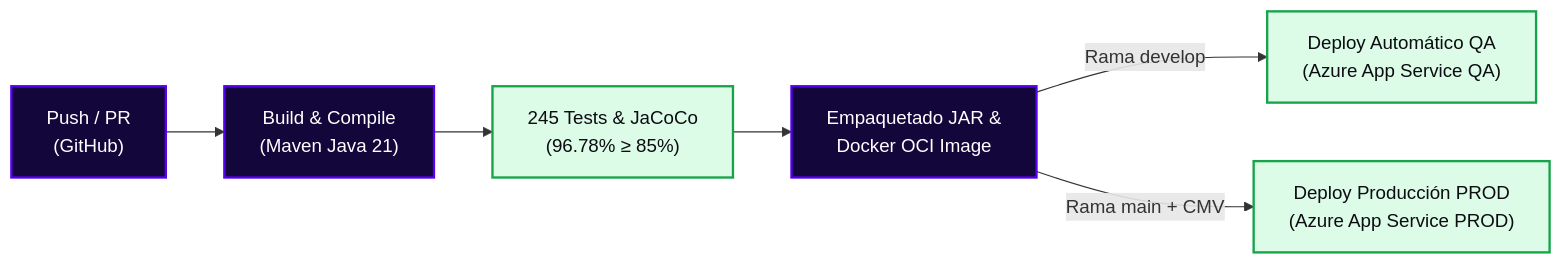
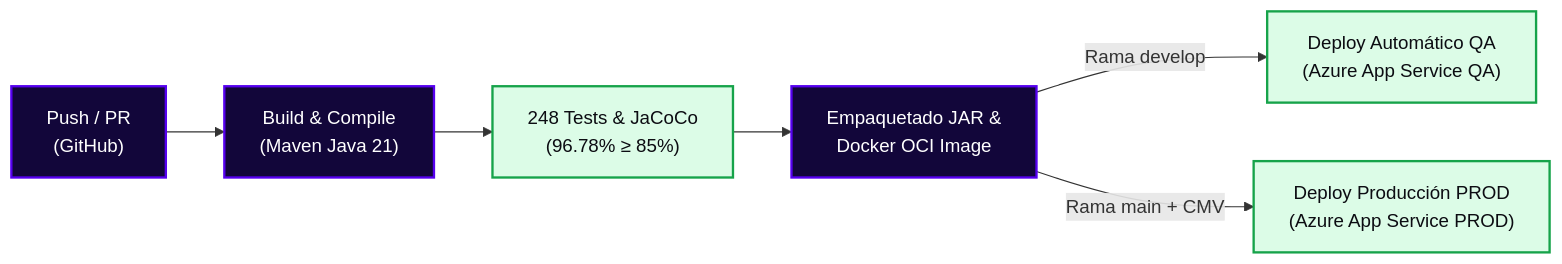
Before and after one commit to StyleRadar1/PT8080-Donations-Service: the diagram in README.md, drawn with Mermaid. The commit also changed other lines of this file and 7 other files, not shown here.

````diff
--- a/README.md
+++ b/README.md
@@ -522,14 +523,14 @@
 ```mermaid
 flowchart LR
     A["Push / PR<br>(GitHub)"] --> B["Build & Compile<br>(Maven Java 21)"]
-    B --> C["245 Tests & JaCoCo<br>(96.78% ≥ 85%)"]
+    B --> C["248 Tests & JaCoCo<br>(96.78% ≥ 85%)"]
     C --> D["Empaquetado JAR &<br>Docker OCI Image"]
     D -->|Rama develop| E["Deploy Automático QA<br>(Azure App Service QA)"]
     D -->|Rama main + CMV| F["Deploy Producción PROD<br>(Azure App Service PROD)"]
 
     classDef step fill:#12063A,stroke:#5600EF,stroke-width:2px,color:#FFFFFF;
     classDef pass fill:#DCFCE7,stroke:#16A34A,stroke-width:2px,color:#0C0C12;
 
     class A,B,D step;
     class C,E,F pass;
 ```
````
